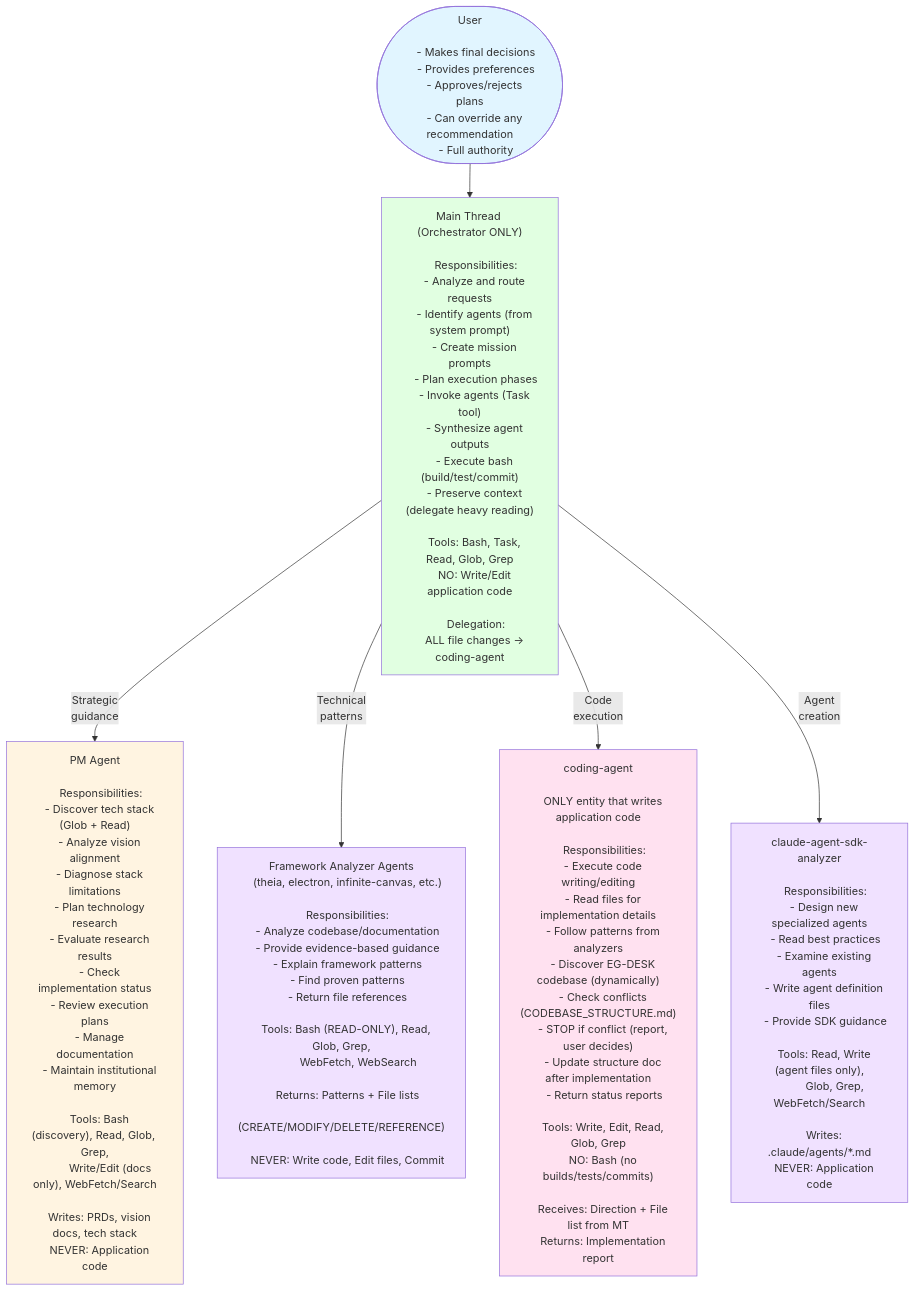
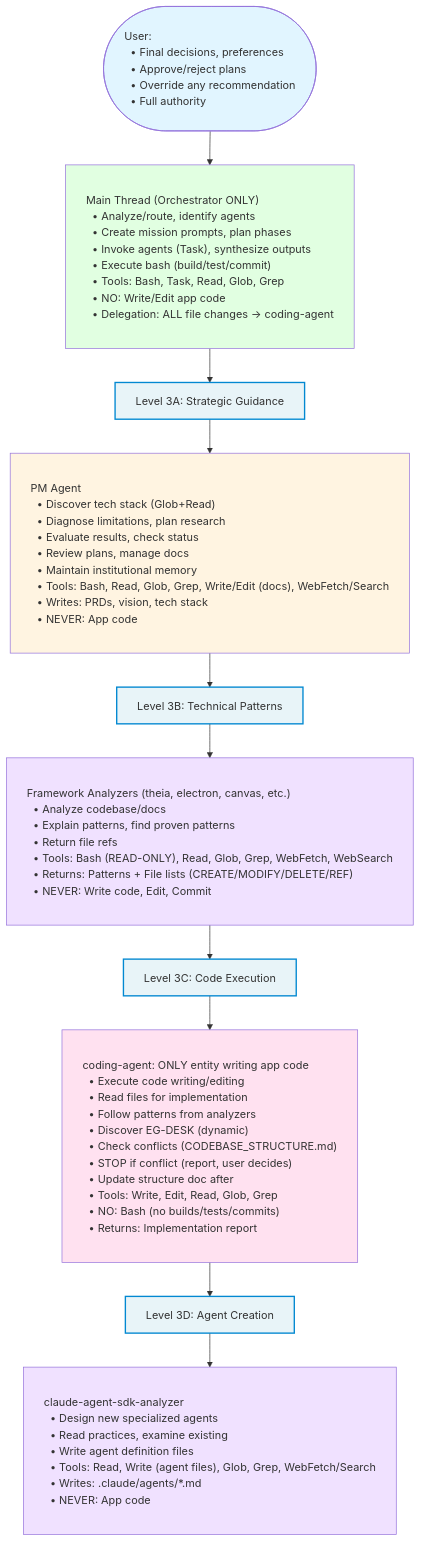
One commit to QUUS-TheSmallCodeTeam/theia-fork changed diagram 16 of 31 in AGENT_SWARM_FLOW_VISUAL.md. Above: the diagram before and after it, drawn with Mermaid. The commit also changed other lines of this file, not shown here.

First line of the commit message:
feat: redesign all mermaid diagrams with vertical flow and left-aligned text

````diff
--- a/AGENT_SWARM_FLOW_VISUAL.md
+++ b/AGENT_SWARM_FLOW_VISUAL.md
@@ -1680,102 +1421,69 @@
 ```mermaid
 flowchart TD
-    User(["User
+    classDef wideBox padding:12px 20px,text-align:left,white-space:pre;
+    classDef wideDecision padding:12px 20px,text-align:left,white-space:pre;
+    classDef branchLabel fill:#e8f4f8,stroke:#0288d1,stroke-width:2px,text-align:left,white-space:pre;
 
-    - Makes final decisions
-    - Provides preferences
-    - Approves/rejects plans
-    - Can override any recommendation
-    - Full authority"])
+    User(["User:
+  • Final decisions, preferences
+  • Approve/reject plans
+  • Override any recommendation
+  • Full authority"]):::wideBox
 
     --> MT["Main Thread (Orchestrator ONLY)
+  • Analyze/route, identify agents
+  • Create mission prompts, plan phases
+  • Invoke agents (Task), synthesize outputs
+  • Execute bash (build/test/commit)
+  • Tools: Bash, Task, Read, Glob, Grep
+  • NO: Write/Edit app code
+  • Delegation: ALL file changes → coding-agent"]:::wideBox
 
-    Responsibilities:
-    - Analyze and route requests
-    - Identify agents (from system prompt)
-    - Create mission prompts
-    - Plan execution phases
-    - Invoke agents (Task tool)
-    - Synthesize agent outputs
-    - Execute bash (build/test/commit)
-    - Preserve context (delegate heavy reading)
+    --> Label1["Level 3A: Strategic Guidance"]:::branchLabel
 
-    Tools: Bash, Task, Read, Glob, Grep
-    NO: Write/Edit application code
+    --> PM["PM Agent
+  • Discover tech stack (Glob+Read)
+  • Diagnose limitations, plan research
+  • Evaluate results, check status
+  • Review plans, manage docs
+  • Maintain institutional memory
+  • Tools: Bash, Read, Glob, Grep, Write/Edit (docs), WebFetch/Search
+  • Writes: PRDs, vision, tech stack
+  • NEVER: App code"]:::wideBox
 
-    Delegation:
-    ALL file changes → coding-agent"]
+    --> Label2["Level 3B: Technical Patterns"]:::branchLabel
 
-    MT -->|"Strategic<br/>guidance"| PM["PM Agent
+    --> Analyzers["Framework Analyzers (theia, electron, canvas, etc.)
+  • Analyze codebase/docs
+  • Explain patterns, find proven patterns
+  • Return file refs
+  • Tools: Bash (READ-ONLY), Read, Glob, Grep, WebFetch, WebSearch
+  • Returns: Patterns + File lists (CREATE/MODIFY/DELETE/REF)
+  • NEVER: Write code, Edit, Commit"]:::wideBox
 
-    Responsibilities:
-    - Discover tech stack (Glob + Read)
-    - Analyze vision alignment
-    - Diagnose stack limitations
-    - Plan technology research
-    - Evaluate research results
-    - Check implementation status
-    - Review execution plans
-    - Manage documentation
-    - Maintain institutional memory
+    --> Label3["Level 3C: Code Execution"]:::branchLabel
 
-    Tools: Bash (discovery), Read, Glob, Grep,
-           Write/Edit (docs only), WebFetch/Search
+    --> Coding["coding-agent: ONLY entity writing app code
+  • Execute code writing/editing
+  • Read files for implementation
+  • Follow patterns from analyzers
+  • Discover EG-DESK (dynamic)
+  • Check conflicts (CODEBASE_STRUCTURE.md)
+  • STOP if conflict (report, user decides)
+  • Update structure doc after
+  • Tools: Write, Edit, Read, Glob, Grep
+  • NO: Bash (no builds/tests/commits)
+  • Returns: Implementation report"]:::wideBox
 
-    Writes: PRDs, vision docs, tech stack
-    NEVER: Application code"]
+    --> Label4["Level 3D: Agent Creation"]:::branchLabel
 
-    MT -->|"Technical<br/>patterns"| Analyzers["Framework Analyzer Agents
-    (theia, electron, infinite-canvas, etc.)
-
-    Responsibilities:
-    - Analyze codebase/documentation
-    - Provide evidence-based guidance
-    - Explain framework patterns
-    - Find proven patterns
-    - Return file references
-
-    Tools: Bash (READ-ONLY), Read, Glob, Grep,
-           WebFetch, WebSearch
-
-    Returns: Patterns + File lists
-    (CREATE/MODIFY/DELETE/REFERENCE)
-
-    NEVER: Write code, Edit files, Commit"]
-
-    MT -->|"Code<br/>execution"| Coding["coding-agent
-
-    ONLY entity that writes application code
-
-    Responsibilities:
-    - Execute code writing/editing
-    - Read files for implementation details
-    - Follow patterns from analyzers
-    - Discover EG-DESK codebase (dynamically)
-    - Check conflicts (CODEBASE_STRUCTURE.md)
-    - STOP if conflict (report, user decides)
-    - Update structure doc after implementation
-    - Return status reports
-
-    Tools: Write, Edit, Read, Glob, Grep
-    NO: Bash (no builds/tests/commits)
-
-    Receives: Direction + File list from MT
-    Returns: Implementation report"]
-
-    MT -->|"Agent<br/>creation"| SDK["claude-agent-sdk-analyzer
-
-    Responsibilities:
-    - Design new specialized agents
-    - Read best practices
-    - Examine existing agents
-    - Write agent definition files
-    - Provide SDK guidance
-
-    Tools: Read, Write (agent files only),
-           Glob, Grep, WebFetch/Search
-
-    Writes: .claude/agents/*.md
-    NEVER: Application code"]
+    --> SDK["claude-agent-sdk-analyzer
+  • Design new specialized agents
+  • Read practices, examine existing
+  • Write agent definition files
+  • Tools: Read, Write (agent files), Glob, Grep, WebFetch/Search
+  • Writes: .claude/agents/*.md
+  • NEVER: App code"]:::wideBox
 
     style User fill:#e1f5ff
     style MT fill:#e1ffe1
````
